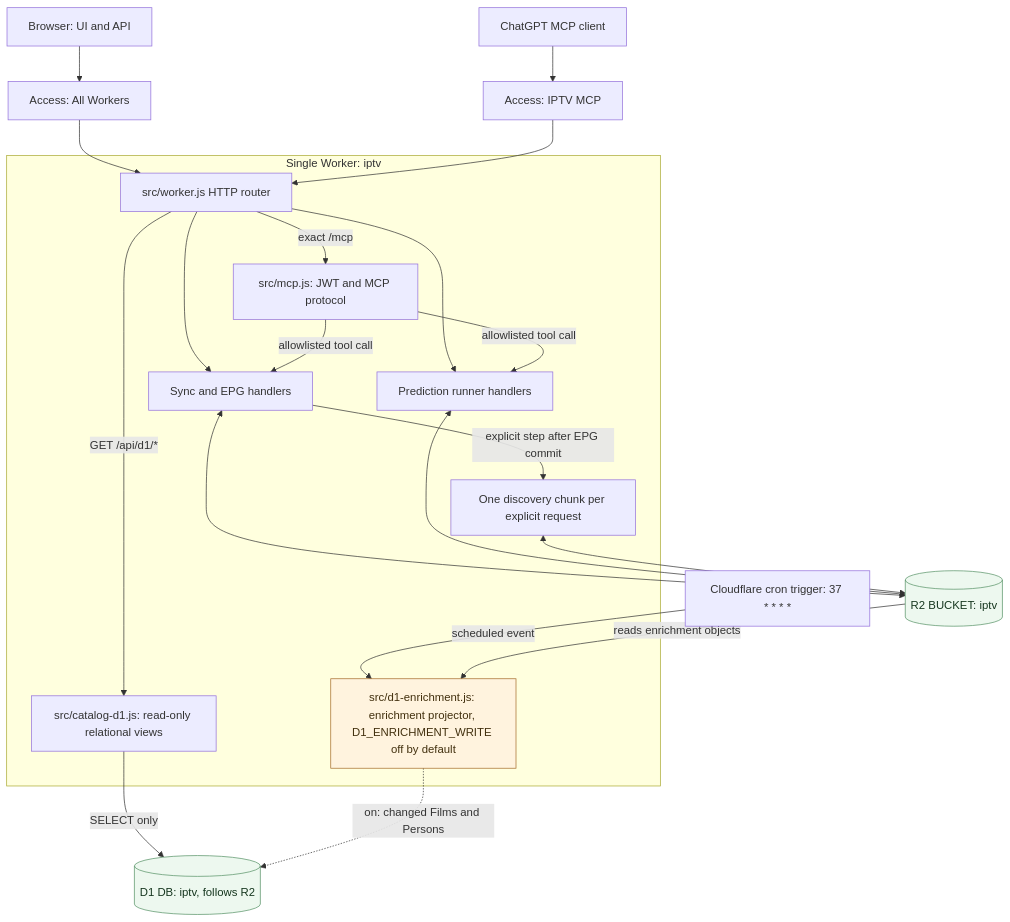
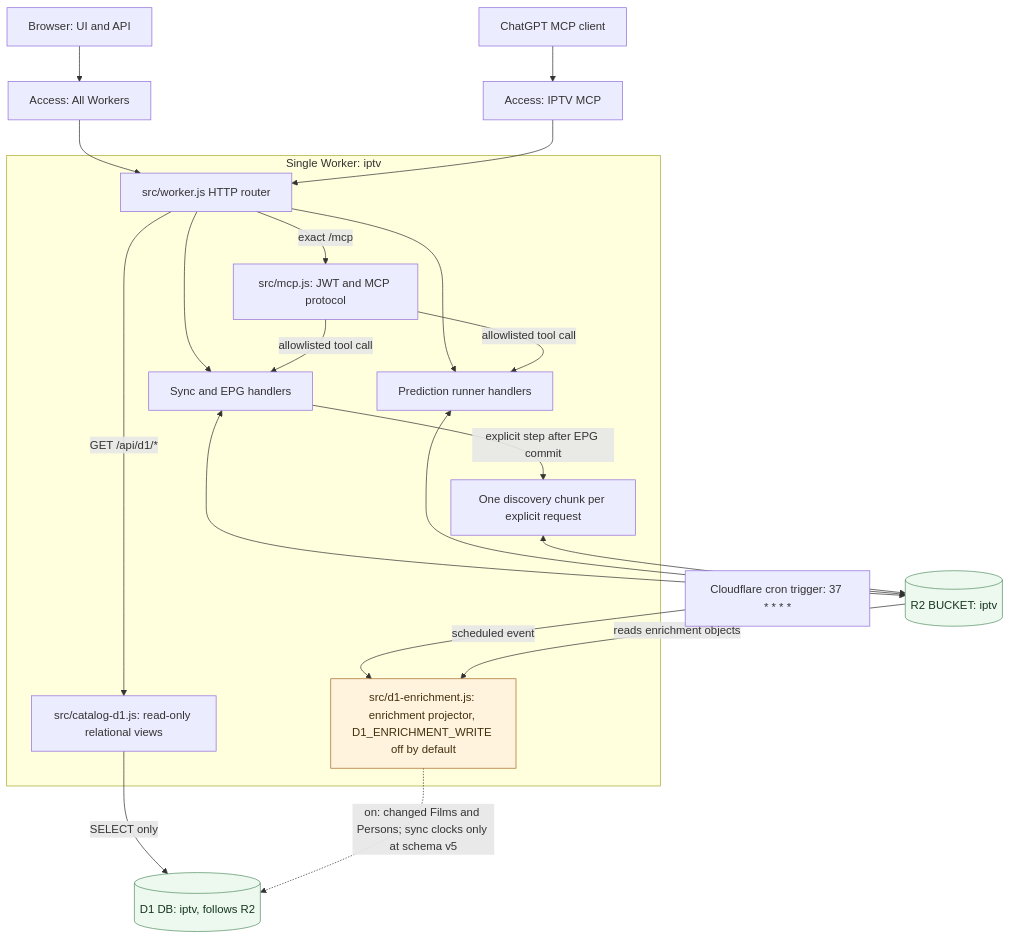
One commit to vladimino/iptv-watchlist changed the diagram in docs/architecture/runtime-topology.md. Above: the diagram before and after it, drawn with Mermaid. The commit also changed other lines of this file and 17 other files, not shown here.

First line of the commit message:
Project metadataSync freshness clocks into D1 at schema v5.

````diff
--- a/docs/architecture/runtime-topology.md
+++ b/docs/architecture/runtime-topology.md
@@ -5,39 +5,39 @@
 ```mermaid
 flowchart TB
     web["Browser: UI and API"]
     mcpClient["ChatGPT MCP client"]
     webAccess["Access: All Workers"]
     mcpAccess["Access: IPTV MCP"]
     cron["Cloudflare cron trigger: 37 * * * *"]
     subgraph worker["Single Worker: iptv"]
         route["src/worker.js HTTP router"]
         mcp["src/mcp.js: JWT and MCP protocol"]
         sync["Sync and EPG handlers"]
         prediction["Prediction runner handlers"]
         discovery["One discovery chunk per explicit request"]
         catalogD1["src/catalog-d1.js: read-only relational views"]
         projector["src/d1-enrichment.js: enrichment projector, D1_ENRICHMENT_WRITE off by default"]
         route --> sync
         route -->|GET /api/d1/*| catalogD1
         route --> prediction
         route -->|exact /mcp| mcp
         mcp -->|allowlisted tool call| sync
         mcp -->|allowlisted tool call| prediction
         sync -->|explicit step after EPG commit| discovery
     end
     store[("R2 BUCKET: iptv")]
     d1[("D1 DB: iptv, follows R2")]
     web --> webAccess --> route
     mcpClient --> mcpAccess --> route
     sync <--> store
     prediction <--> store
     discovery <--> store
     catalogD1 -->|SELECT only| d1
     cron -->|scheduled event| projector
     store -->|reads enrichment objects| projector
-    projector -.->|on: changed Films and Persons| d1
+    projector -.->|on: changed Films and Persons; sync clocks only at schema v5| d1
     classDef current fill:#edf8ef,stroke:#579266,color:#15361e
     classDef gated fill:#fff3de,stroke:#a56c2b,color:#42300e
     class store,d1 current
     class projector gated
 ```
````
